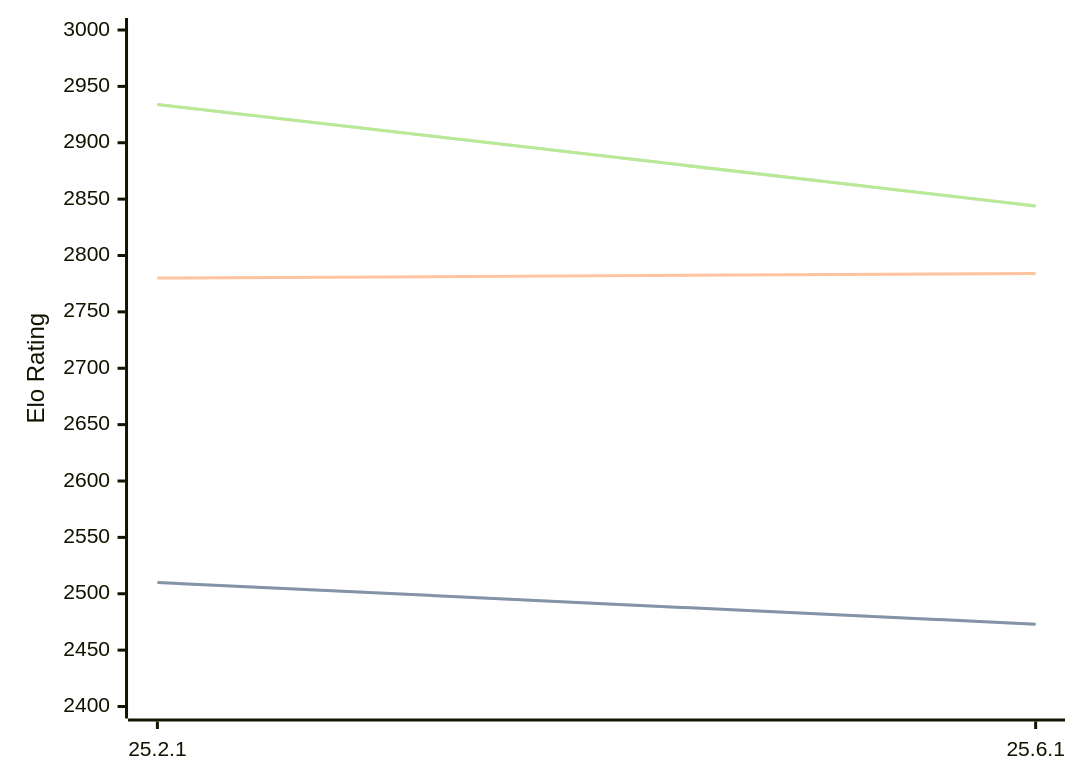
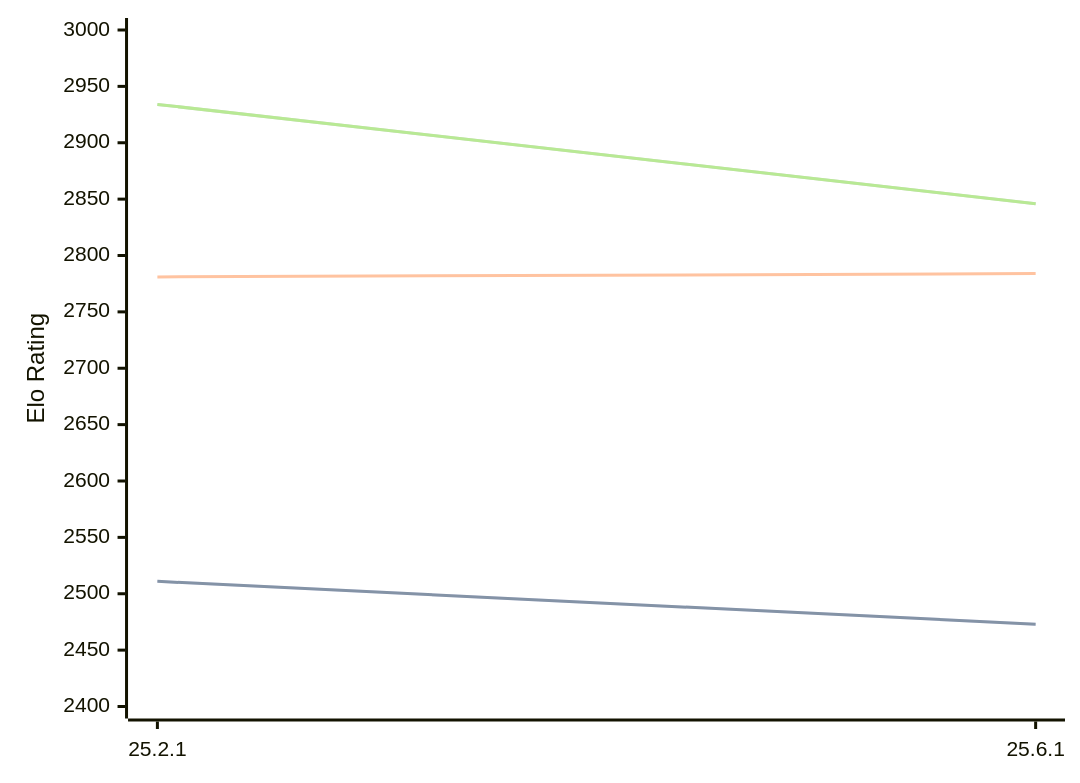
One commit to computer-chess-index/cci changed the diagram in engines/Crafty.md. Above: the diagram before and after it, drawn with Mermaid. The commit also changed other lines of this file, not shown here.

Commit message:
Update CCI Ratings (ELO VLTC) - 2026-09-07

````diff
--- a/engines/Crafty.md
+++ b/engines/Crafty.md
@@ -32,11 +32,11 @@
 ```mermaid
 %%{init: {"theme":"base","themeVariables":{"seriesColors:['#a3a3a3','#222221','#faa371']}}}%%
 xychart-beta
   x-axis ["25.2.1", "25.6.1"]
   y-axis "Elo Rating" 2400 --> 3000
-  line "" [2510, 2473]
-  line "STC (8.0+0.08s)" [2510, 2473]
-  line "LTC (60.0+0.60s)" [2780, 2784]
-  line "" [2934, 2844]
-  line "VLTC (2m24s+1.12s)" [2934, 2844]
+  line "" [2511, 2473]
+  line "STC (8.0+0.08s)" [2511, 2473]
+  line "LTC (60.0+0.60s)" [2781, 2784]
+  line "" [2934, 2846]
+  line "VLTC (2m24s+1.12s)" [2934, 2846]
 ```
````
